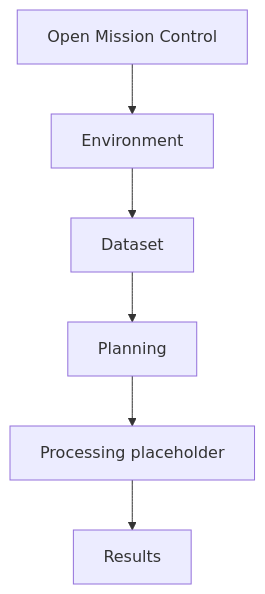
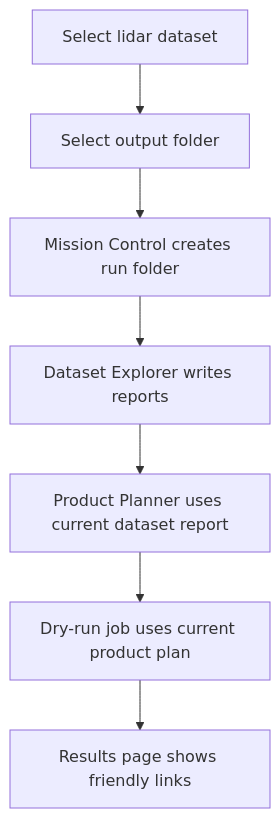
Before and after one commit to sticholas/pyforestscan-qgis: the diagram in docs/ui/USER_WORKFLOW.md, drawn with Mermaid. The commit also changed other lines of this file and 14 other files, not shown here.

Commit message:
Phase 8C: Simplify Mission Control run folder workflow

````diff
--- a/docs/ui/USER_WORKFLOW.md
+++ b/docs/ui/USER_WORKFLOW.md
@@ -8,8 +8,9 @@
 ```mermaid
 flowchart TD
-    A["Open Mission Control"] --> B["Environment"]
-    B --> C["Dataset"]
-    C --> D["Planning"]
-    D --> E["Processing placeholder"]
-    E --> F["Results"]
+    A["Select lidar dataset"] --> B["Select output folder"]
+    B --> C["Mission Control creates run folder"]
+    C --> D["Dataset Explorer writes reports"]
+    D --> E["Product Planner uses current dataset report"]
+    E --> F["Dry-run job uses current product plan"]
+    F --> G["Results page shows friendly links"]
 ```
````
